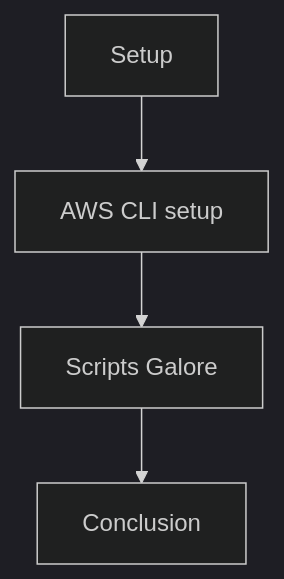
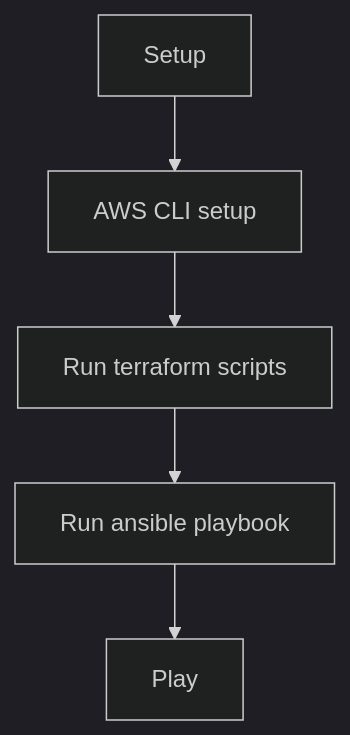
Before and after one commit to Lord-Topa/minecraft-terraform-tutorial: the diagram in README.md, drawn with Mermaid (dark theme).

````diff
--- a/README.md
+++ b/README.md
@@ -4,7 +4,8 @@
 ```mermaid
 graph TD
     A[Setup] --> B[AWS CLI setup]
-    B --> C[Scripts Galore]
-    C --> D[Conclusion]
+    B --> C[Run terraform scripts]
+    C --> D[Run ansible playbook]
+    D --> E[Play]
 
 ```
````
